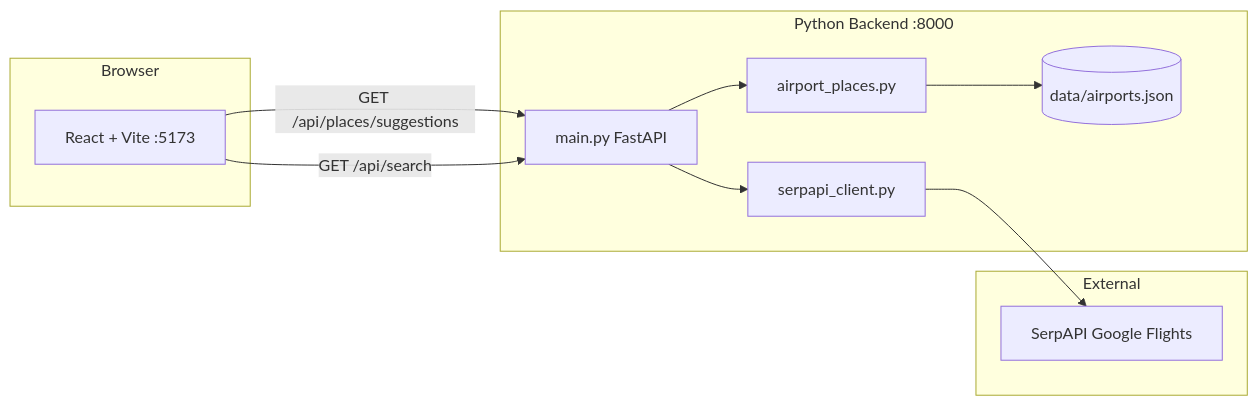
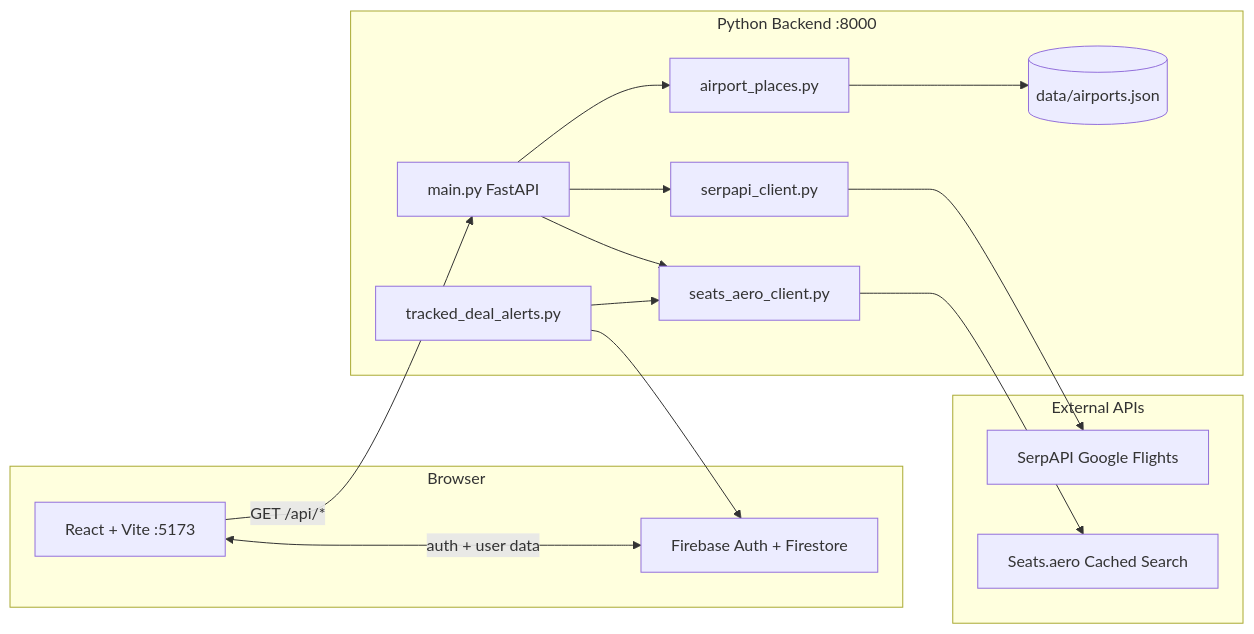
Before and after one commit to paul-mart/flighthero: the diagram in README.md, drawn with Mermaid. The commit also changed other lines of this file, not shown here.

Commit message:
refactor: update README to reflect app rebranding to FlightHero, enhance feature descriptions, and clarify backend environment setup for improved user onboarding

````diff
--- a/README.md
+++ b/README.md
@@ -16,24 +41,32 @@
 ```mermaid
 flowchart LR
   subgraph browser [Browser]
     UI[React + Vite :5173]
+    FB[Firebase Auth + Firestore]
   end
 
   subgraph backend [Python Backend :8000]
     API[main.py FastAPI]
     Places[airport_places.py]
-    Flights[serpapi_client.py]
+    Cash[serpapi_client.py]
+    Awards[seats_aero_client.py]
+    Alerts[tracked_deal_alerts.py]
     Data[(data/airports.json)]
   end
 
-  subgraph external [External]
+  subgraph external [External APIs]
     SerpAPI[SerpAPI Google Flights]
+    SeatsAero[Seats.aero Cached Search]
   end
 
-  UI -->|GET /api/places/suggestions| API
-  UI -->|GET /api/search| API
+  UI -->|GET /api/*| API
+  UI <-->|auth + user data| FB
   API --> Places
   Places --> Data
-  API --> Flights
-  Flights --> SerpAPI
+  API --> Cash
+  API --> Awards
+  Cash --> SerpAPI
+  Awards --> SeatsAero
+  Alerts --> FB
+  Alerts --> Awards
 ```
````
